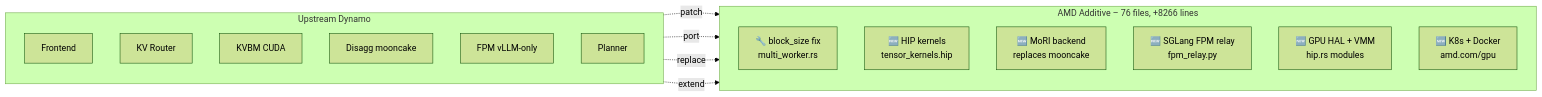
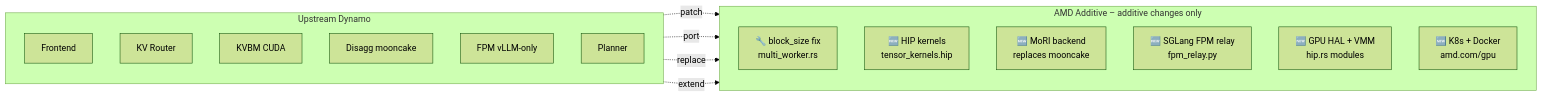
One commit to JohnQinAMD/dynamo changed the second of 11 diagrams in docs/amd-system-design.md. Above: the diagram before and after it, drawn with Mermaid (forest theme). The commit also changed other lines of this file and 7 other files, not shown here.

````diff
--- a/docs/amd-system-design.md
+++ b/docs/amd-system-design.md
@@ -65,27 +65,27 @@
 ```mermaid
 flowchart LR
     subgraph UP["Upstream Dynamo"]
         direction TB
         u1["Frontend"]
         u2["KV Router"]
         u3["KVBM CUDA"]
         u4["Disagg mooncake"]
         u5["FPM vLLM-only"]
         u6["Planner"]
     end
 
-    subgraph AMD["AMD Additive – 76 files, +8266 lines"]
+    subgraph AMD["AMD Additive – additive changes only"]
         direction TB
         a1["🔧 block_size fix<br>multi_worker.rs"]
         a2["🆕 HIP kernels<br>tensor_kernels.hip"]
         a3["🆕 MoRI backend<br>replaces mooncake"]
         a4["🆕 SGLang FPM relay<br>fpm_relay.py"]
         a5["🆕 GPU HAL + VMM<br>hip.rs modules"]
         a6["🆕 K8s + Docker<br>amd.com/gpu"]
     end
 
     u2 -.->|patch| a1
     u3 -.->|port| a2
     u4 -.->|replace| a3
     u5 -.->|extend| a4
 ```
````
